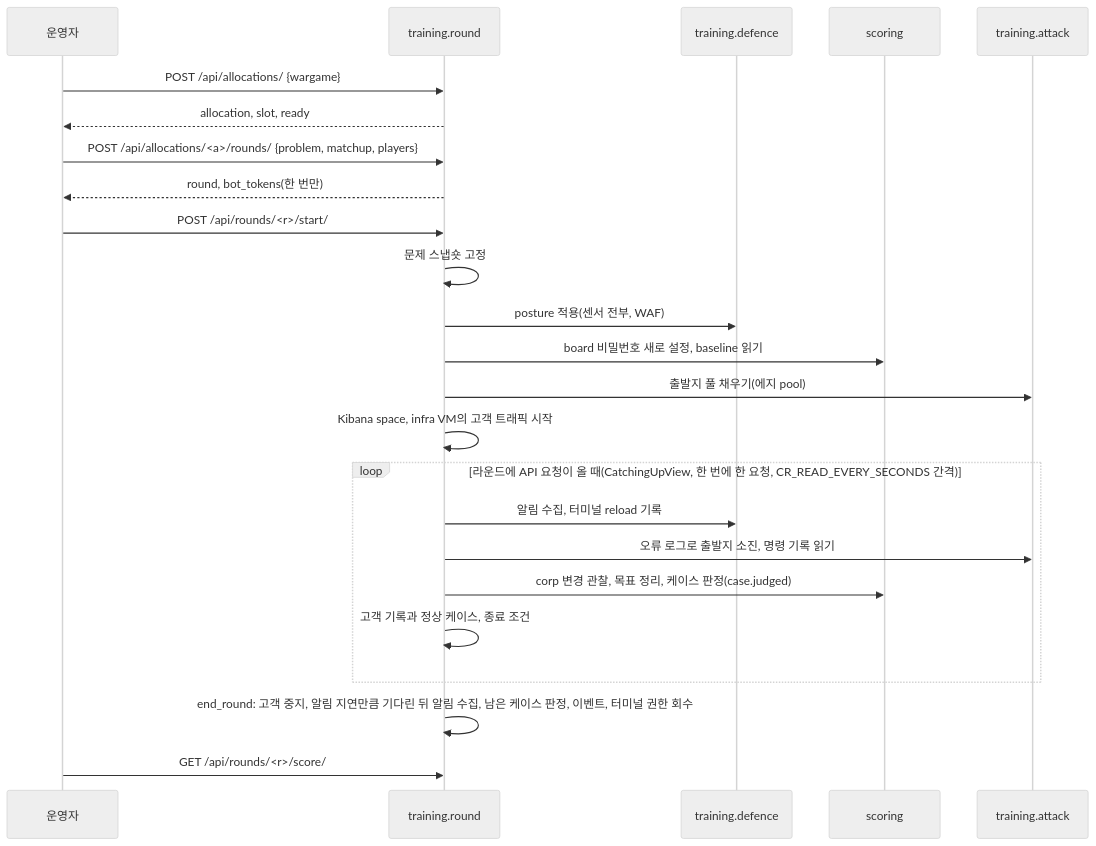
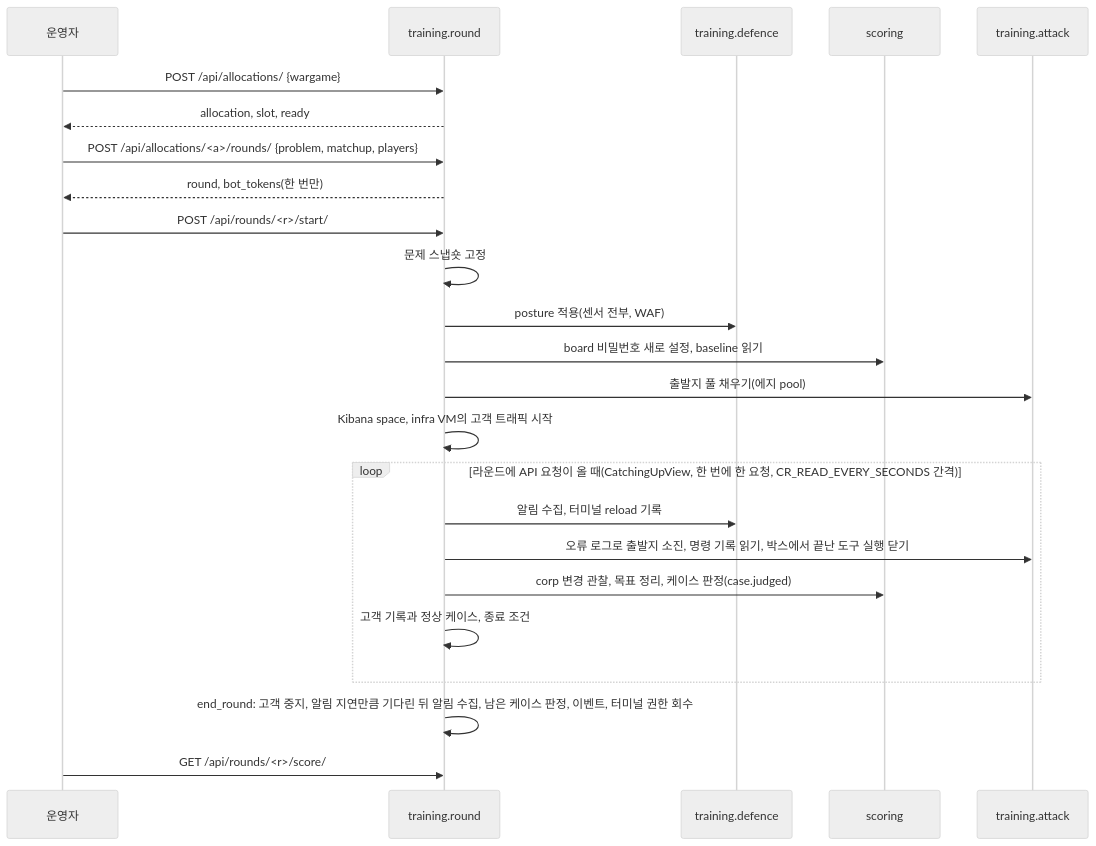
Before and after one commit to Nekonic/fsl-project-mvp: the diagram in docs/ARCHITECTURE.md, drawn with Mermaid (neutral theme). The commit also changed 3 other files, not shown here.

````diff
--- a/docs/ARCHITECTURE.md
+++ b/docs/ARCHITECTURE.md
@@ -254,26 +254,26 @@
 ```mermaid
 sequenceDiagram
   participant O as 운영자
   participant R as training.round
   participant D as training.defence
   participant S as scoring
   participant A as training.attack
   O->>R: POST /api/allocations/ {wargame}
   R-->>O: allocation, slot, ready
   O->>R: POST /api/allocations/<a>/rounds/ {problem, matchup, players}
   R-->>O: round, bot_tokens(한 번만)
   O->>R: POST /api/rounds/<r>/start/
   R->>R: 문제 스냅숏 고정
   R->>D: posture 적용(센서 전부, WAF)
   R->>S: board 비밀번호 새로 설정, baseline 읽기
   R->>A: 출발지 풀 채우기(에지 pool)
   R->>R: Kibana space, infra VM의 고객 트래픽 시작
   loop 라운드에 API 요청이 올 때(CatchingUpView, 한 번에 한 요청, CR_READ_EVERY_SECONDS 간격)
     R->>D: 알림 수집, 터미널 reload 기록
-    R->>A: 오류 로그로 출발지 소진, 명령 기록 읽기
+    R->>A: 오류 로그로 출발지 소진, 명령 기록 읽기, 박스에서 끝난 도구 실행 닫기
     R->>S: corp 변경 관찰, 목표 정리, 케이스 판정(case.judged)
     R->>R: 고객 기록과 정상 케이스, 종료 조건
   end
   R->>R: end_round: 고객 중지, 알림 지연만큼 기다린 뒤 알림 수집, 남은 케이스 판정, 이벤트, 터미널 권한 회수
   O->>R: GET /api/rounds/<r>/score/
 ```
````
